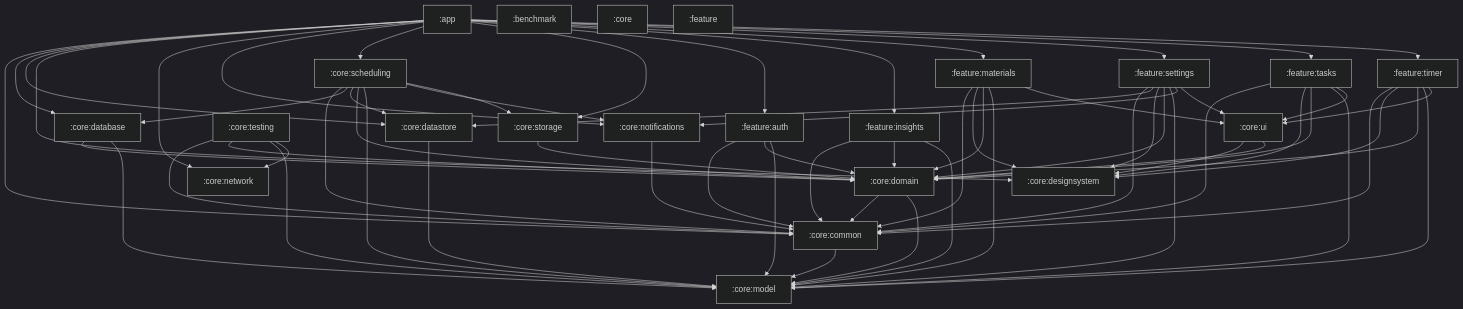
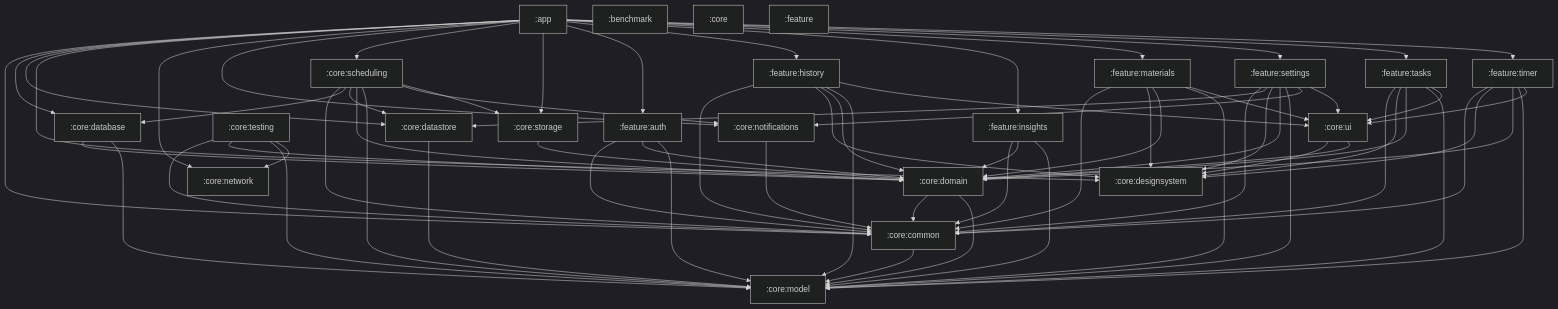
One commit to konarsubhojit/study-app changed the diagram in docs/module-graph.md. Above: the diagram before and after it, drawn with Mermaid (dark theme). The commit also changed other lines of this file and 32 other files, not shown here.

```diff
--- a/docs/module-graph.md
+++ b/docs/module-graph.md
@@ -24,6 +24,7 @@
     core_ui[":core:ui"]
     feature[":feature"]
     feature_auth[":feature:auth"]
+    feature_history[":feature:history"]
     feature_insights[":feature:insights"]
     feature_materials[":feature:materials"]
     feature_settings[":feature:settings"]
@@ -38,6 +39,7 @@
     app --> core_scheduling
     app --> core_storage
     app --> feature_auth
+    app --> feature_history
     app --> feature_insights
     app --> feature_materials
     app --> feature_settings
@@ -67,6 +69,11 @@
     feature_auth --> core_common
     feature_auth --> core_domain
     feature_auth --> core_model
+    feature_history --> core_common
+    feature_history --> core_designsystem
+    feature_history --> core_domain
+    feature_history --> core_model
+    feature_history --> core_ui
     feature_insights --> core_common
     feature_insights --> core_domain
     feature_insights --> core_model
```
